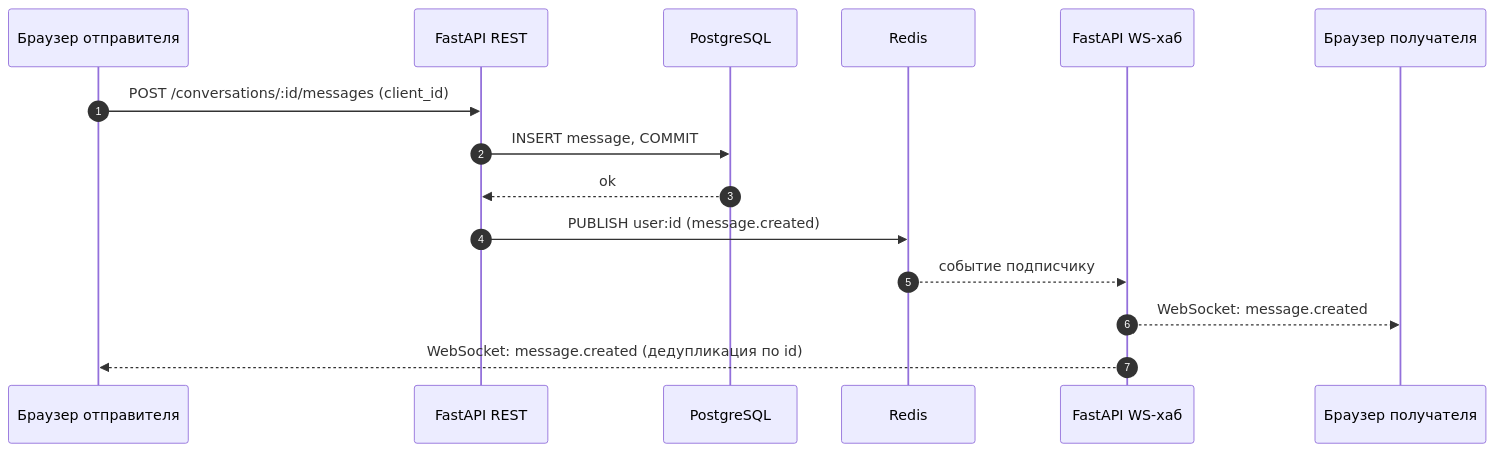
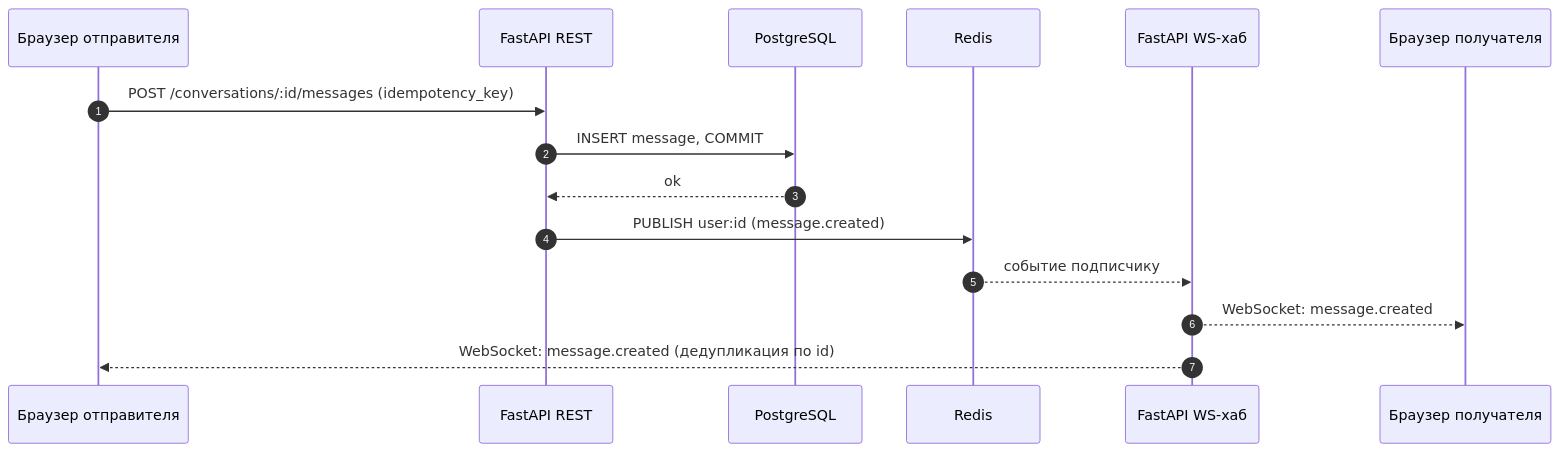
Before and after one commit to timofey1704/cargoradar-www: the first of 3 diagrams in architecture/business-processes/05-chat.md, drawn with Mermaid. The commit also changed other lines of this file and 15 other files, not shown here.

Commit message:
chat schemas + docs fix

````diff
--- a/architecture/business-processes/05-chat.md
+++ b/architecture/business-processes/05-chat.md
@@ -44,17 +44,17 @@
 ```mermaid
 sequenceDiagram
     autonumber
     participant B as Браузер отправителя
     participant A as FastAPI REST
     participant D as PostgreSQL
     participant R as Redis
     participant H as FastAPI WS-хаб
     participant P as Браузер получателя
-    B->>A: POST /conversations/:id/messages (client_id)
+    B->>A: POST /conversations/:id/messages (idempotency_key)
     A->>D: INSERT message, COMMIT
     D-->>A: ok
     A->>R: PUBLISH user:id (message.created)
     R-->>H: событие подписчику
     H-->>P: WebSocket: message.created
     H-->>B: WebSocket: message.created (дедупликация по id)
 ```
````
